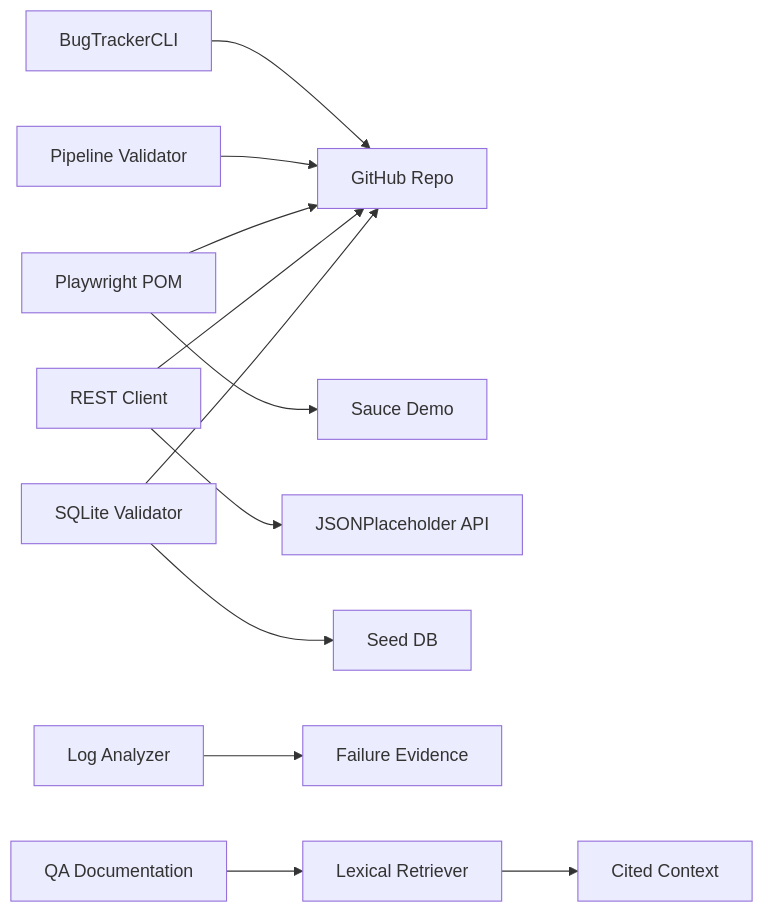
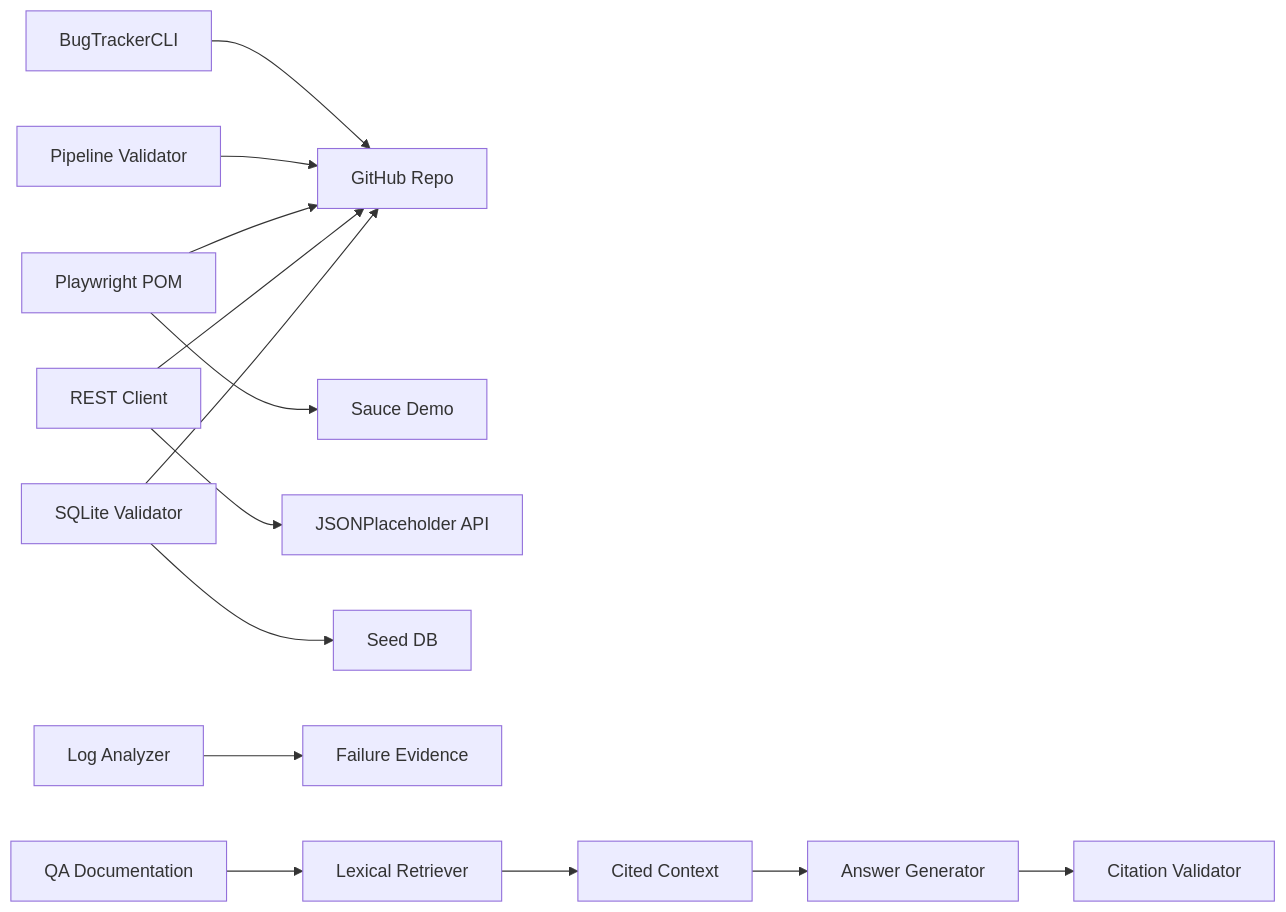
The diagram in README.md (saptayh-8910/qa-compliance-sentry), drawn with Mermaid before and after one commit. The commit also changed other lines of this file and 12 other files, not shown here.

````diff
--- a/README.md
+++ b/README.md
@@ -40,14 +40,16 @@
 ```mermaid
 flowchart LR
   CLI[BugTrackerCLI] --> Repo[GitHub Repo]
   PW[Playwright POM] --> Sauce[Sauce Demo]
   API[REST Client] --> JSON[JSONPlaceholder API]
   DB[SQLite Validator] --> Seed[Seed DB]
   LOG[Log Analyzer] --> Evidence[Failure Evidence]
   PIPE[Pipeline Validator] --> Repo
   DOCS[QA Documentation] --> RAG[Lexical Retriever]
   RAG --> CTX[Cited Context]
+  CTX --> GEN[Answer Generator]
+  GEN --> VERIFY[Citation Validator]
   PW --> Repo
   API --> Repo
   DB --> Repo
 ```
````
